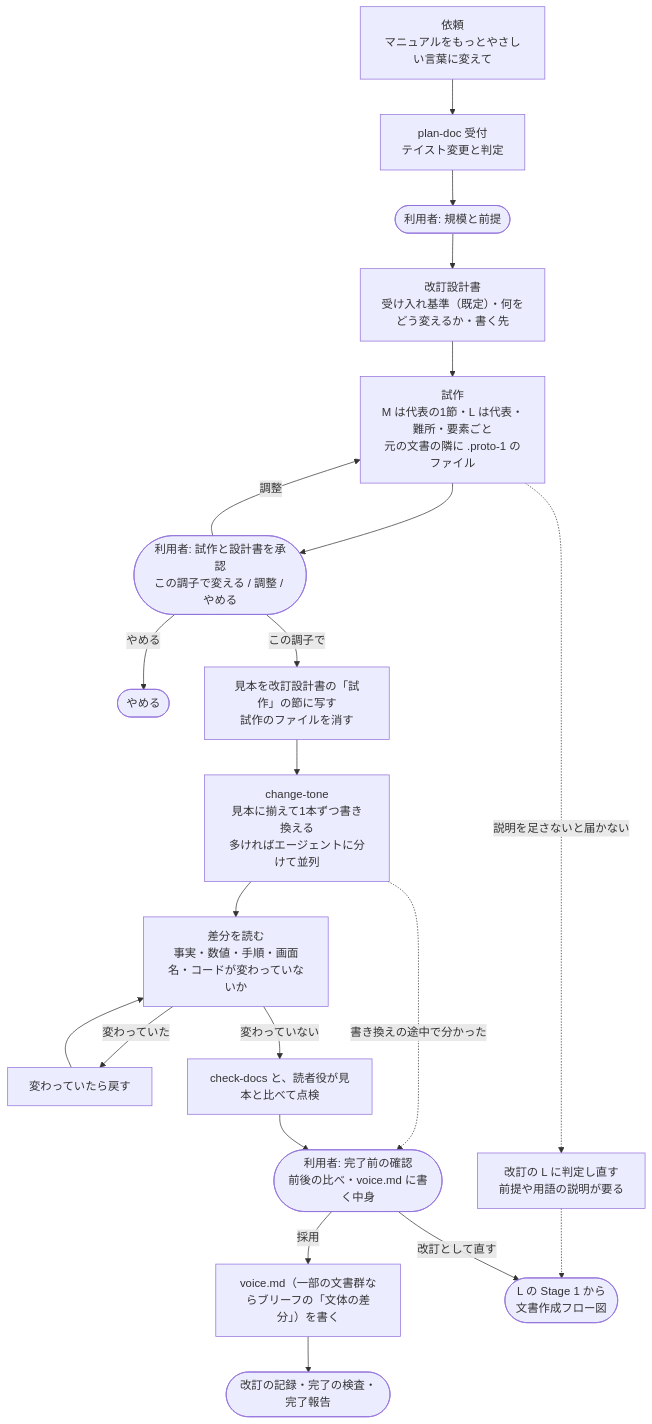
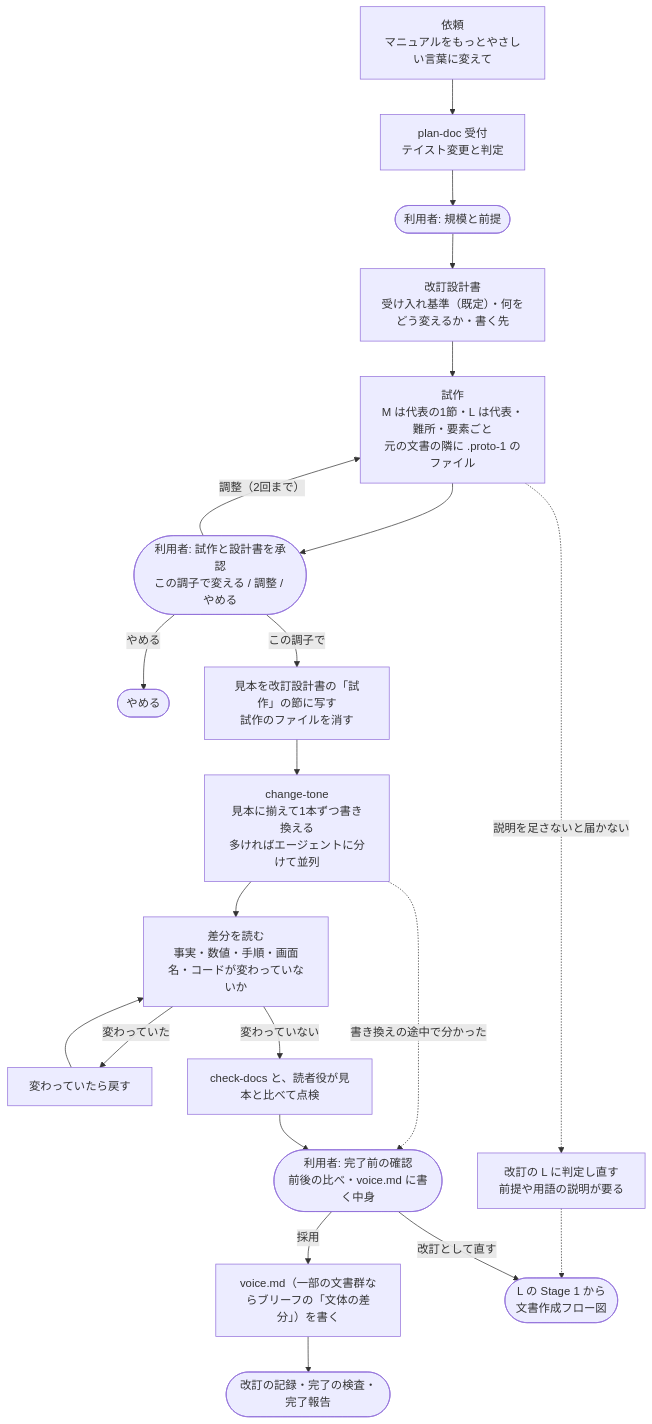
The diagram in docs/diagrams/05_テイスト変更フロー図.md (mizuta0711/claude-doc-harness), drawn with Mermaid before and after one commit. The commit also changed other lines of this file and 11 other files, not shown here.

````diff
--- a/docs/diagrams/05_テイスト変更フロー図.md
+++ b/docs/diagrams/05_テイスト変更フロー図.md
@@ -18,31 +18,31 @@
 ```mermaid
 flowchart TD
     REQ["依頼<br/>マニュアルをもっとやさしい言葉に変えて"]
     INTAKE["plan-doc 受付<br/>テイスト変更と判定"]
     U0(["利用者: 規模と前提"])
     PLAN["改訂設計書<br/>受け入れ基準（既定）・何をどう変えるか・書く先"]
     PROTO["試作<br/>M は代表の1節・L は代表・難所・要素ごと<br/>元の文書の隣に .proto-1 のファイル"]
     U1(["利用者: 試作と設計書を承認<br/>この調子で変える / 調整 / やめる"])
     STOP(["やめる"])
     KEEP["見本を改訂設計書の「試作」の節に写す<br/>試作のファイルを消す"]
     TONE["change-tone<br/>見本に揃えて1本ずつ書き換える<br/>多ければエージェントに分けて並列"]
     DIFF["差分を読む<br/>事実・数値・手順・画面名・コードが変わっていないか"]
     BACK["変わっていたら戻す"]
     CHK["check-docs と、読者役が見本と比べて点検"]
     U2(["利用者: 完了前の確認<br/>前後の比べ・voice.md に書く中身"])
     VOICE["voice.md（一部の文書群ならブリーフの「文体の差分」）を書く"]
     DONE(["改訂の記録・完了の検査・完了報告"])
     REJUDGE["改訂の L に判定し直す<br/>前提や用語の説明が要る"]
 
     REQ --> INTAKE --> U0 --> PLAN --> PROTO --> U1
-    U1 -- 調整 --> PROTO
+    U1 -- 調整（2回まで） --> PROTO
     U1 -- やめる --> STOP
     U1 -- この調子で --> KEEP --> TONE --> DIFF
     PROTO -. 説明を足さないと届かない .-> REJUDGE
     REJUDGE -.-> LPATH(["L の Stage 1 から<br/>文書作成フロー図"])
     TONE -. 書き換えの途中で分かった .-> U2
     DIFF -- 変わっていた --> BACK --> DIFF
     DIFF -- 変わっていない --> CHK --> U2
     U2 -- 採用 --> VOICE --> DONE
     U2 -- 改訂として直す --> LPATH
 ```
````
